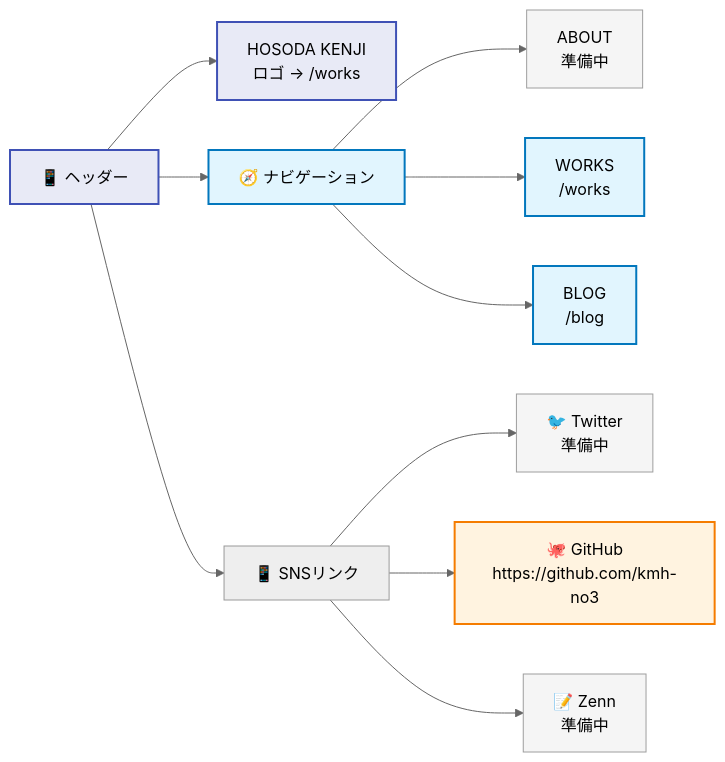
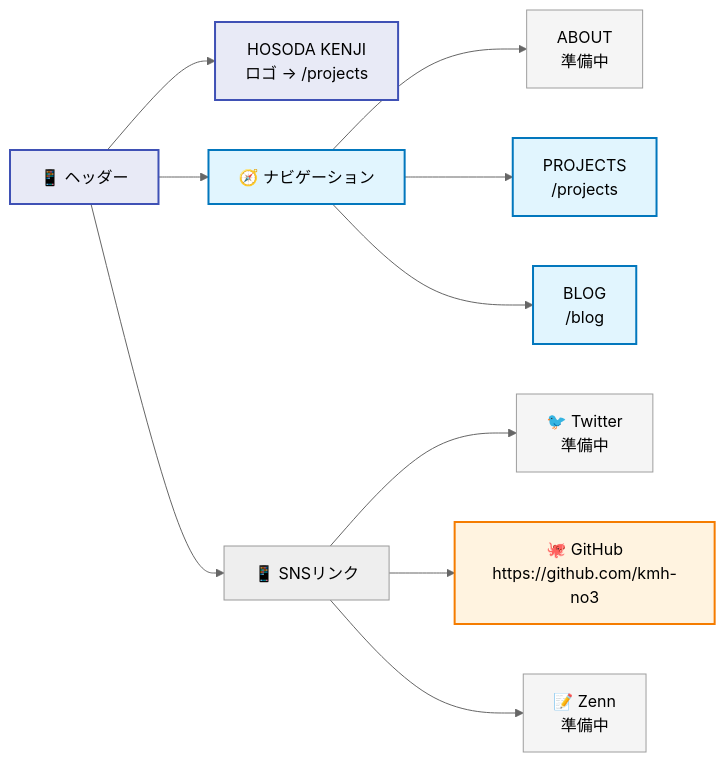
The third of 7 diagrams in docs/navigation-details.md (kmh-no3/kenji-hub), drawn with Mermaid (neutral theme) before and after one commit. The commit also changed other lines of this file and 28 other files, not shown here.

````diff
--- a/docs/navigation-details.md
+++ b/docs/navigation-details.md
@@ -106,28 +106,28 @@
 ```mermaid
 graph LR
     %% ヘッダーナビゲーション
-    Header[📱 ヘッダー] --> Logo[HOSODA KENJI<br/>ロゴ → /works]
+    Header[📱 ヘッダー] --> Logo[HOSODA KENJI<br/>ロゴ → /projects]
     Header --> Nav[🧭 ナビゲーション]
     
     %% メインナビゲーション
     Nav --> AboutLink[ABOUT<br/>準備中]
-    Nav --> WorksLink[WORKS<br/>/works]
+    Nav --> ProjectsLink[PROJECTS<br/>/projects]
     Nav --> BlogLink[BLOG<br/>/blog]
     
     %% SNSリンク
     Header --> SNS[📱 SNSリンク]
     SNS --> Twitter[🐦 Twitter<br/>準備中]
     SNS --> GitHub[🐙 GitHub<br/>https://github.com/kmh-no3]
     SNS --> Zenn[📝 Zenn<br/>準備中]
     
     %% スタイル設定
     classDef header fill:#e8eaf6,stroke:#3f51b5,stroke-width:2px
     classDef nav fill:#e1f5fe,stroke:#0277bd,stroke-width:2px
     classDef sns fill:#fff3e0,stroke:#f57c00,stroke-width:2px
     classDef disabled fill:#f5f5f5,stroke:#9e9e9e,stroke-width:1px
     
     class Header,Logo header
-    class Nav,WorksLink,BlogLink nav
+    class Nav,ProjectsLink,BlogLink nav
     class GitHub sns
     class AboutLink,Twitter,Zenn disabled
 ```
````
